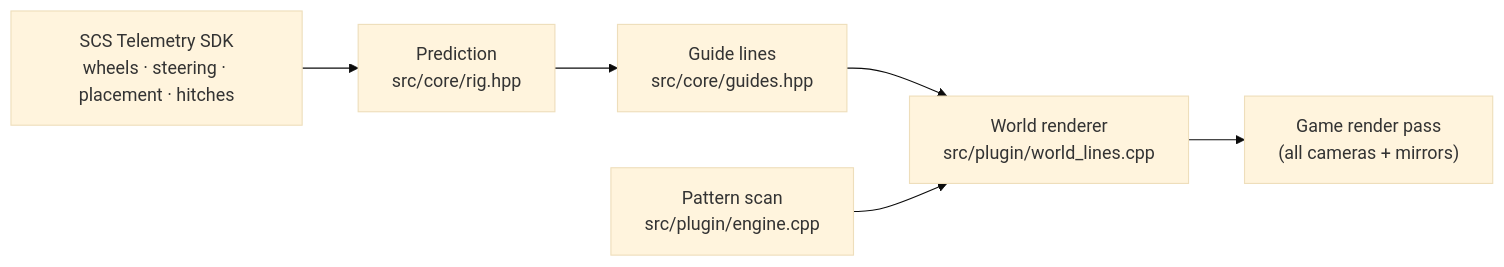
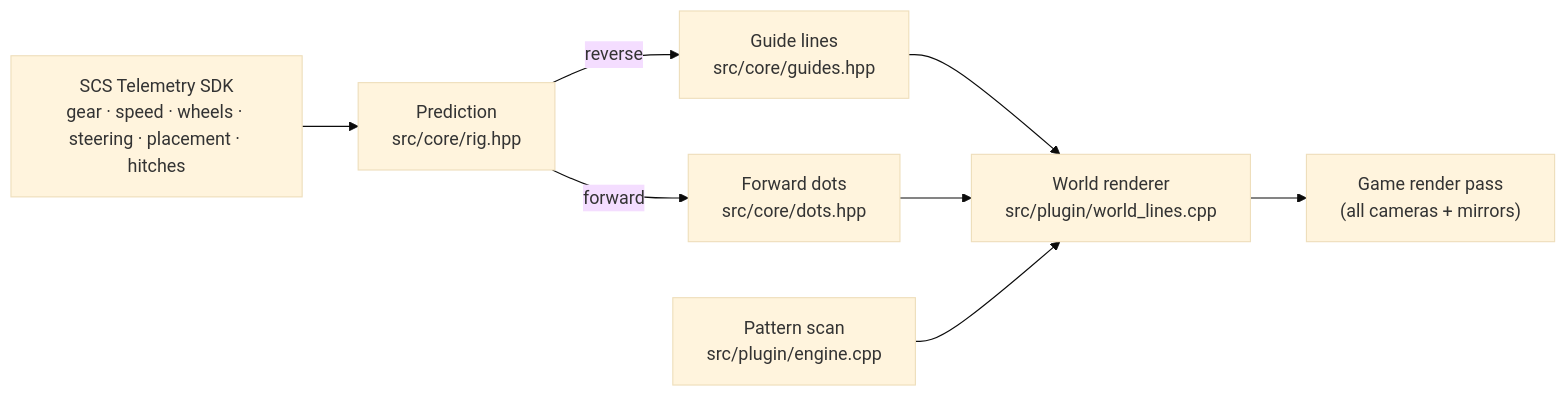
The diagram in README.md (robertBojor/Reverse-Overlay---Guide-Lines---ATS), drawn with Mermaid (base theme) before and after one commit. The commit also changed other lines of this file and 12 other files, not shown here.

First line of the commit message:
Add forward dots and a four-step hotkey cycle

````diff
--- a/README.md
+++ b/README.md
@@ -73,8 +93,10 @@
 ```mermaid
 flowchart LR
-    T["SCS Telemetry SDK<br/>wheels · steering · placement · hitches"] --> P["Prediction<br/>src/core/rig.hpp"]
-    P --> G["Guide lines<br/>src/core/guides.hpp"]
+    T["SCS Telemetry SDK<br/>gear · speed · wheels · steering · placement · hitches"] --> P["Prediction<br/>src/core/rig.hpp"]
+    P -->|reverse| G["Guide lines<br/>src/core/guides.hpp"]
+    P -->|forward| D["Forward dots<br/>src/core/dots.hpp"]
     G --> W["World renderer<br/>src/plugin/world_lines.cpp"]
+    D --> W
     E["Pattern scan<br/>src/plugin/engine.cpp"] --> W
     W --> R["Game render pass<br/>(all cameras + mirrors)"]
 ```
````
